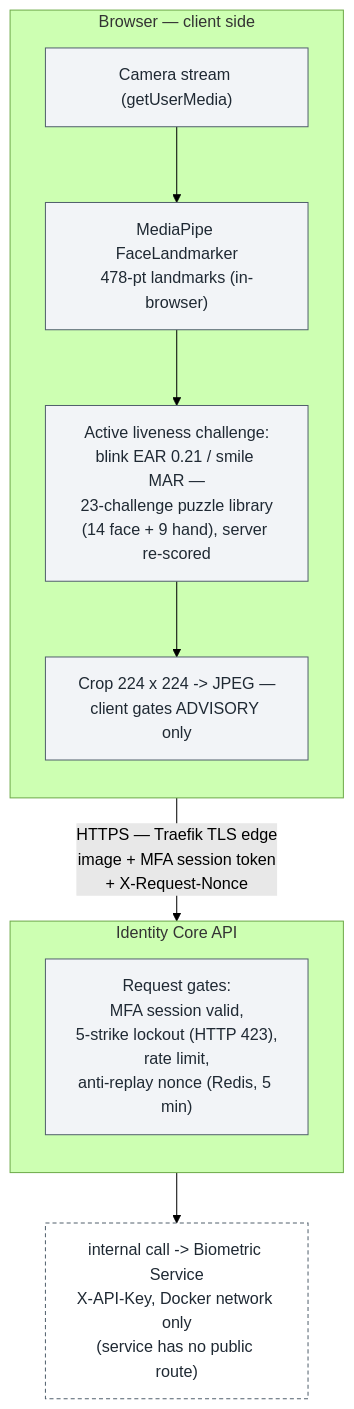
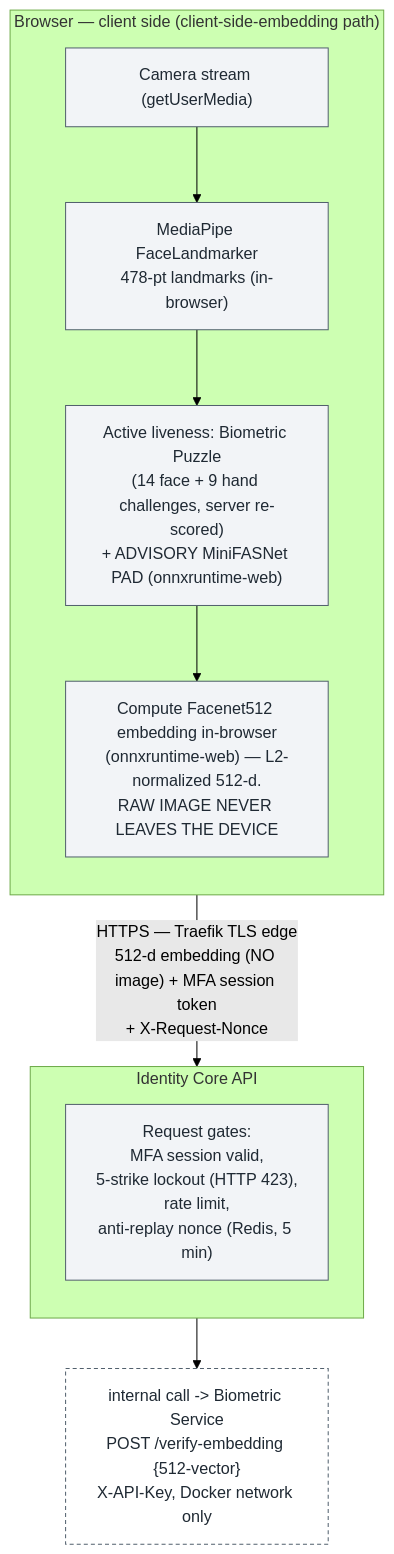
Before and after one commit to Rollingcat-Software/FIVUCSAS: the diagram in Thesis/build/figures/src/dataflow_verification_left.mmd, drawn with Mermaid (forest theme). The commit also changed 22 other files, not shown here.

```diff
--- a/Thesis/build/figures/src/dataflow_verification_left.mmd
+++ b/Thesis/build/figures/src/dataflow_verification_left.mmd
@@ -1,22 +1,22 @@
 flowchart TB
     classDef gate fill:#dce7f2,stroke:#2e5f8a,stroke-width:1.5px,color:#1f2933
     classDef step fill:#f2f4f7,stroke:#52606d,color:#1f2933
     classDef hand fill:#ffffff,stroke:#52606d,stroke-dasharray:4 3,color:#1f2933
 
-    subgraph CLIENT["Browser — client side"]
+    subgraph CLIENT["Browser — client side (client-side-embedding path)"]
         direction TB
         C1["Camera stream (getUserMedia)"]:::step
         C2["MediaPipe FaceLandmarker<br/>478-pt landmarks (in-browser)"]:::step
-        C3["Active liveness challenge:<br/>blink EAR 0.21 / smile MAR —<br/>23-challenge puzzle library<br/>(14 face + 9 hand), server re-scored"]:::step
-        C4["Crop 224 x 224 -> JPEG —<br/>client gates ADVISORY only"]:::step
+        C3["Active liveness: Biometric Puzzle<br/>(14 face + 9 hand challenges, server re-scored)<br/>+ ADVISORY MiniFASNet PAD (onnxruntime-web)"]:::step
+        C4["Compute Facenet512 embedding in-browser<br/>(onnxruntime-web) — L2-normalized 512-d.<br/>RAW IMAGE NEVER LEAVES THE DEVICE"]:::step
         C1 --> C2 --> C3 --> C4
     end
 
-    C4 -->|"HTTPS — Traefik TLS edge<br/>image + MFA session token<br/>+ X-Request-Nonce"| G1
+    C4 -->|"HTTPS — Traefik TLS edge<br/>512-d embedding (NO image) + MFA session token<br/>+ X-Request-Nonce"| G1
 
     subgraph CORE["Identity Core API"]
         direction TB
         G1["Request gates:<br/>MFA session valid,<br/>5-strike lockout (HTTP 423),<br/>rate limit,<br/>anti-replay nonce (Redis, 5 min)"]:::step
     end
 
-    G1 --> H1["internal call -> Biometric Service<br/>X-API-Key, Docker network only<br/>(service has no public route)"]:::hand
+    G1 --> H1["internal call -> Biometric Service<br/>POST /verify-embedding {512-vector}<br/>X-API-Key, Docker network only"]:::hand
```
